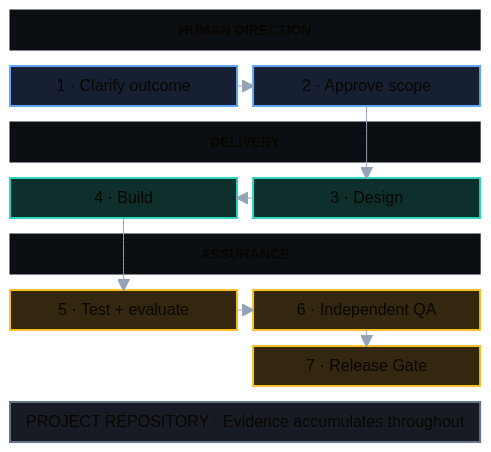
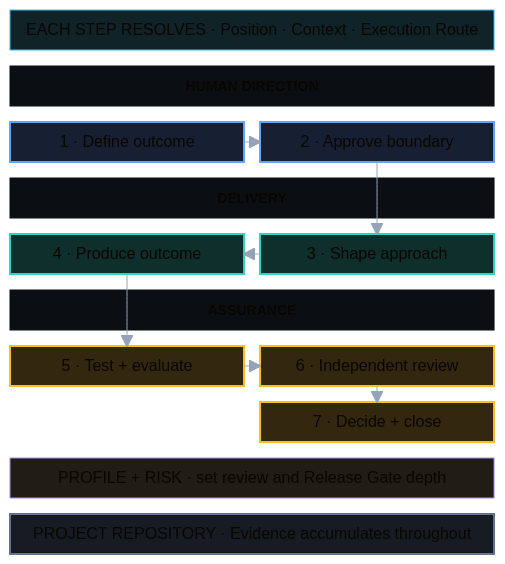
One commit to zsz1210/temple-ai-dev-org changed the diagram in docs/assets/temple-delivery-path.en-mobile.mmd. Above: the diagram before and after it, drawn with Mermaid. The commit also changed 25 other files, not shown here.

Commit message:
docs: generalize Temple Work Item diagrams

```diff
--- a/docs/assets/temple-delivery-path.en-mobile.mmd
+++ b/docs/assets/temple-delivery-path.en-mobile.mmd
@@ -1,40 +1,46 @@
 ---
 config:
   theme: base
   fontFamily: "Inter, Arial, sans-serif"
   block:
     padding: 16
   themeVariables:
     background: "#0b0f14"
     primaryTextColor: "#f8fafc"
     lineColor: "#94a3b8"
 ---
 block-beta
   columns 2
+  R["EACH STEP RESOLVES · Position · Context · Execution Route"]:2
   H["HUMAN DIRECTION"]:2
-  S1["1 · Clarify outcome"] S2["2 · Approve scope"]
+  S1["1 · Define outcome"] S2["2 · Approve boundary"]
   D["DELIVERY"]:2
-  S4["4 · Build"] S3["3 · Design"]
+  S4["4 · Produce outcome"] S3["3 · Shape approach"]
   A["ASSURANCE"]:2
-  S5["5 · Test + evaluate"] S6["6 · Independent QA"]
-  space S7["7 · Release Gate"]
+  S5["5 · Test + evaluate"] S6["6 · Independent review"]
+  space S7["7 · Decide + close"]
+  P["PROFILE + RISK · set review and Release Gate depth"]:2
   E["PROJECT REPOSITORY · Evidence accumulates throughout"]:2
 
   S1 --> S2
   S2 --> S3
   S3 --> S4
   S4 --> S5
   S5 --> S6
   S6 --> S7
 
   classDef lane fill:#0b0f14,stroke:#0b0f14,color:#94a3b8,font-weight:700,font-size:14px;
   classDef human fill:#172033,stroke:#60a5fa,color:#f8fafc,stroke-width:2px;
   classDef delivery fill:#0f2f2d,stroke:#2dd4bf,color:#f8fafc,stroke-width:2px;
   classDef assurance fill:#33280f,stroke:#fbbf24,color:#f8fafc,stroke-width:2px;
+  classDef route fill:#102329,stroke:#38bdf8,color:#e0f2fe,stroke-width:1px;
+  classDef profile fill:#211d16,stroke:#a78bfa,color:#ede9fe,stroke-width:1px;
   classDef evidence fill:#171c24,stroke:#64748b,color:#e2e8f0,stroke-width:2px;
 
   class H,D,A lane
+  class R route
   class S1,S2 human
   class S3,S4 delivery
   class S5,S6,S7 assurance
+  class P profile
   class E evidence
```
